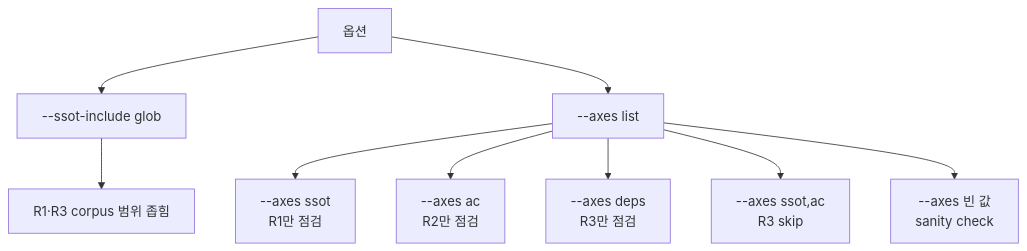
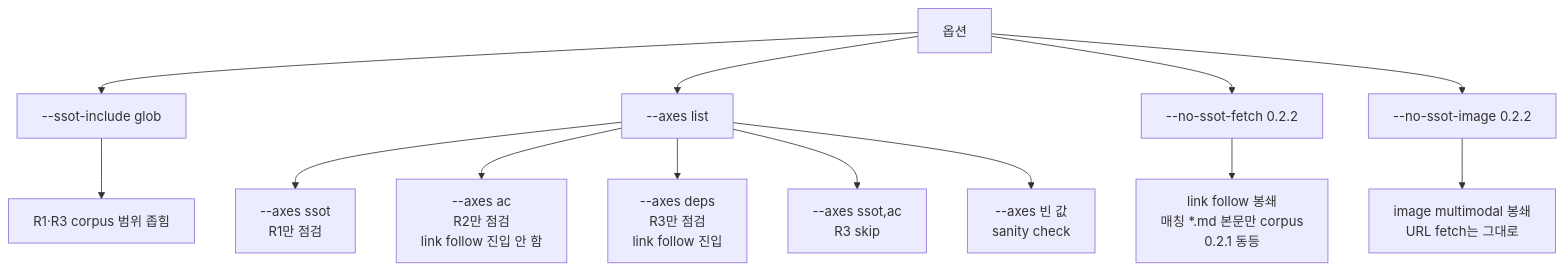
The eighth of 8 diagrams in planning-kit/docs/planning-review-workflow.md (inkwonjung-colosseum/plugins), drawn with Mermaid before and after one commit. The commit also changed other lines of this file and 9 other files, not shown here.

````diff
--- a/planning-kit/docs/planning-review-workflow.md
+++ b/planning-kit/docs/planning-review-workflow.md
@@ -171,12 +181,16 @@
 ```mermaid
 flowchart TD
   OPT[옵션] --> O1[--ssot-include glob]
   OPT --> O2[--axes list]
+  OPT --> O3[--no-ssot-fetch 0.2.2]
+  OPT --> O4[--no-ssot-image 0.2.2]
 
   O1 --> E1[R1·R3 corpus 범위 좁힘]
   O2 --> E2A[--axes ssot<br/>R1만 점검]
-  O2 --> E2B[--axes ac<br/>R2만 점검]
-  O2 --> E2C[--axes deps<br/>R3만 점검]
+  O2 --> E2B[--axes ac<br/>R2만 점검<br/>link follow 진입 안 함]
+  O2 --> E2C[--axes deps<br/>R3만 점검<br/>link follow 진입]
   O2 --> E2D[--axes ssot,ac<br/>R3 skip]
   O2 --> E2E[--axes 빈 값<br/>sanity check]
+  O3 --> E3[link follow 봉쇄<br/>매칭 *.md 본문만 corpus<br/>0.2.1 동등]
+  O4 --> E4[image multimodal 봉쇄<br/>URL fetch는 그대로]
 ```
````
